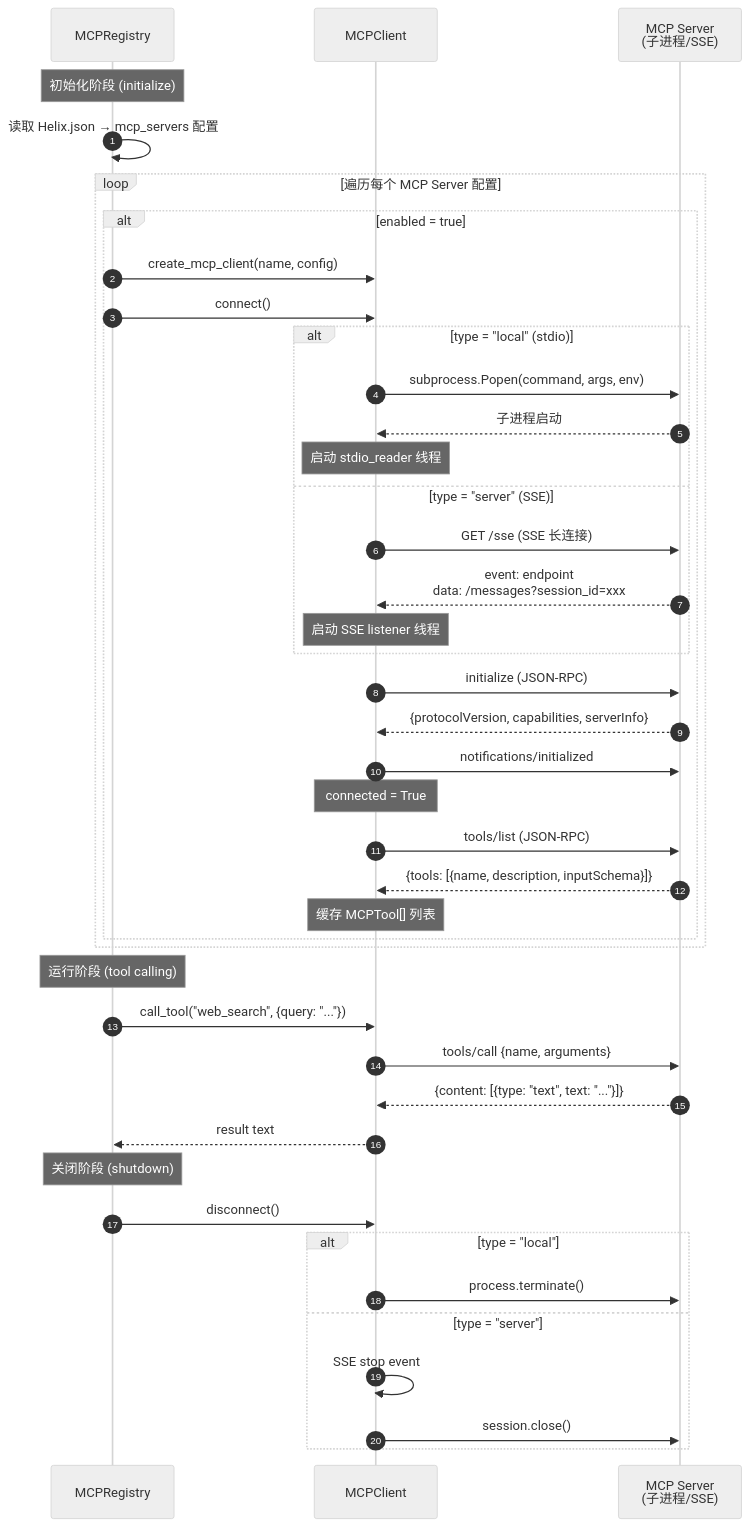
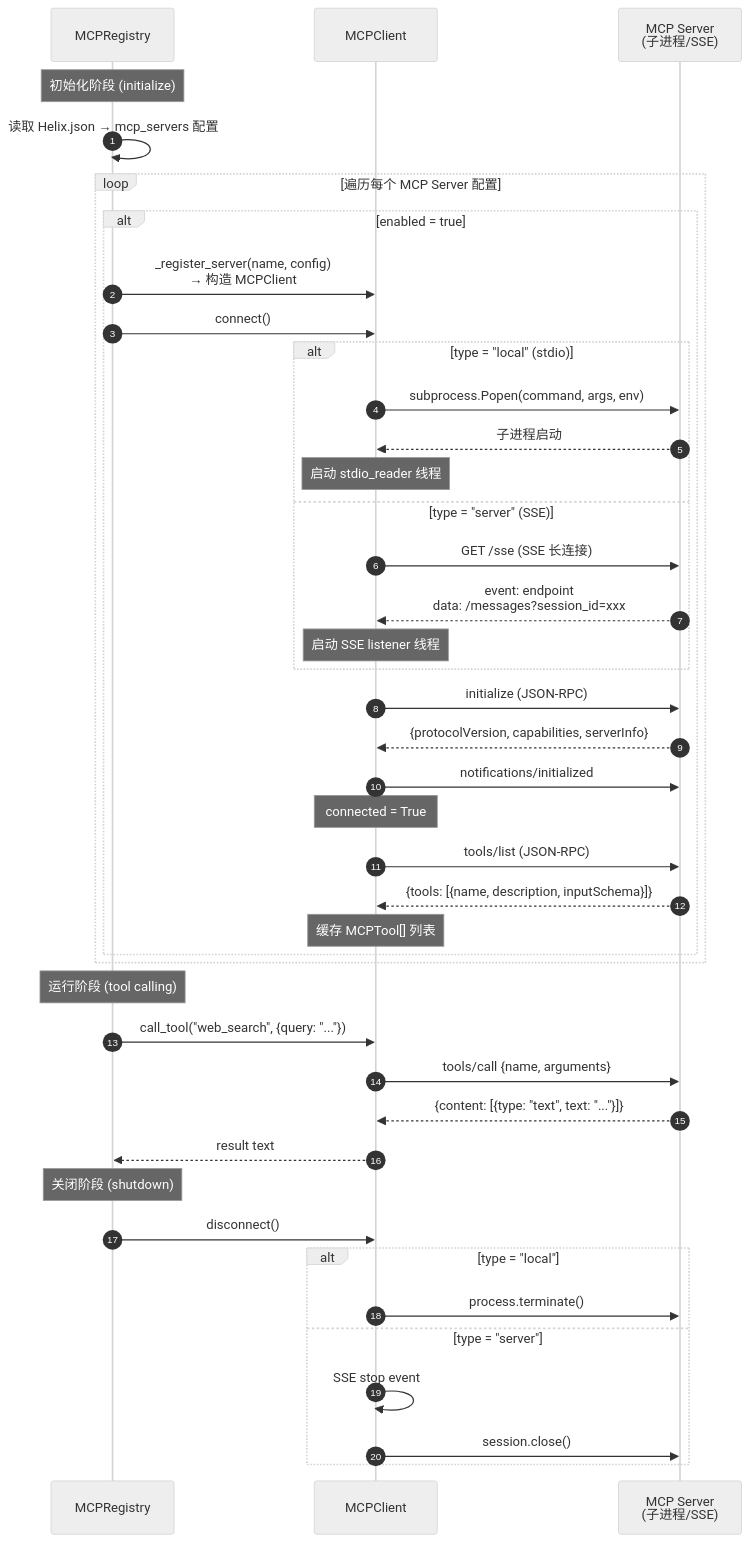
The eighth of 16 diagrams in doc/design.md (jimmylang74/Helix), drawn with Mermaid (neutral theme) before and after one commit. The commit also changed other lines of this file, not shown here.

````diff
--- a/doc/design.md
+++ b/doc/design.md
@@ -476,50 +494,50 @@
 ```mermaid
 sequenceDiagram
     autonumber
     participant Reg as MCPRegistry
     participant Client as MCPClient
     participant Server as MCP Server<br/>(子进程/SSE)
 
     Note over Reg: 初始化阶段 (initialize)
     Reg->>Reg: 读取 Helix.json → mcp_servers 配置
     loop 遍历每个 MCP Server 配置
         alt enabled = true
-            Reg->>Client: create_mcp_client(name, config)
+            Reg->>Client: _register_server(name, config)<br/>→ 构造 MCPClient
             Reg->>Client: connect()
 
             alt type = "local" (stdio)
                 Client->>Server: subprocess.Popen(command, args, env)
                 Server-->>Client: 子进程启动
                 Note over Client: 启动 stdio_reader 线程
             else type = "server" (SSE)
                 Client->>Server: GET /sse (SSE 长连接)
                 Server-->>Client: event: endpoint<br/>data: /messages?session_id=xxx
                 Note over Client: 启动 SSE listener 线程
             end
 
             Client->>Server: initialize (JSON-RPC)
             Server-->>Client: {protocolVersion, capabilities, serverInfo}
             Client->>Server: notifications/initialized
             Note over Client: connected = True
 
             Client->>Server: tools/list (JSON-RPC)
             Server-->>Client: {tools: [{name, description, inputSchema}]}
             Note over Client: 缓存 MCPTool[] 列表
         end
     end
 
     Note over Reg: 运行阶段 (tool calling)
     Reg->>Client: call_tool("web_search", {query: "..."})
     Client->>Server: tools/call {name, arguments}
     Server-->>Client: {content: [{type: "text", text: "..."}]}
     Client-->>Reg: result text
 
     Note over Reg: 关闭阶段 (shutdown)
     Reg->>Client: disconnect()
     alt type = "local"
         Client->>Server: process.terminate()
     else type = "server"
         Client->>Client: SSE stop event
         Client->>Server: session.close()
     end
 ```
````
